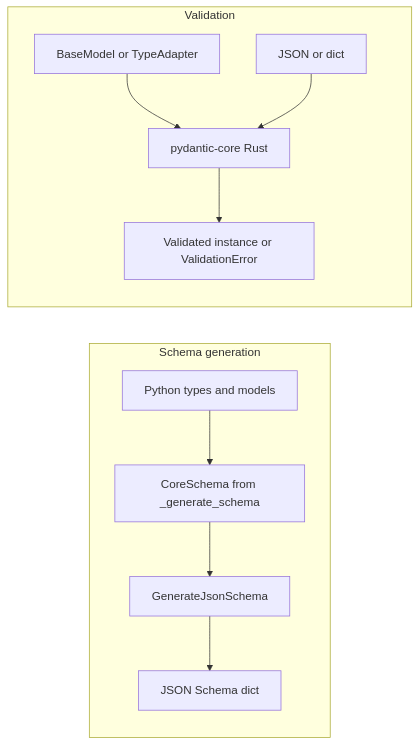
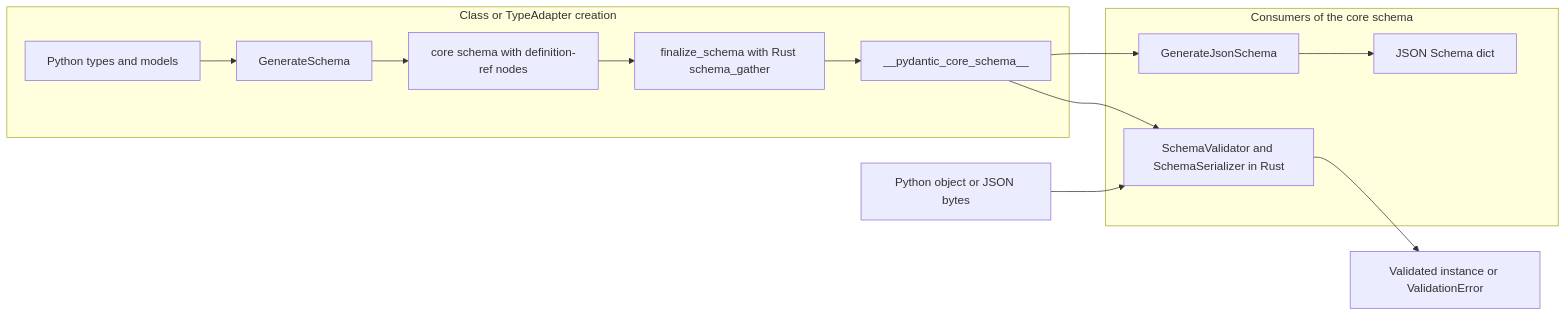
The first of 2 diagrams in research/reports/python/pydantic-pydantic.md (goddtriffin/json-schema-rs), drawn with Mermaid before and after one commit. The commit also changed other lines of this file and 51 other files, not shown here.

````diff
--- a/research/reports/python/pydantic-pydantic.md
+++ b/research/reports/python/pydantic-pydantic.md
@@ -93,21 +100,24 @@
 ```mermaid
 flowchart LR
-  subgraph schema_gen [Schema generation]
+  subgraph build [Class or TypeAdapter creation]
     Types[Python types and models]
-    CoreSchema[CoreSchema from _generate_schema]
-    GenSchema[GenerateJsonSchema]
+    GenSchema[GenerateSchema]
+    CoreRaw[core schema with definition-ref nodes]
+    Clean[finalize_schema with Rust schema_gather]
+    CoreSchema[__pydantic_core_schema__]
+    Types --> GenSchema
+    GenSchema --> CoreRaw
+    CoreRaw --> Clean
+    Clean --> CoreSchema
+  end
+  subgraph consumers [Consumers of the core schema]
+    Validator[SchemaValidator and SchemaSerializer in Rust]
+    JsonGen[GenerateJsonSchema]
     JsonSchema[JSON Schema dict]
-    Types --> CoreSchema
-    CoreSchema --> GenSchema
-    GenSchema --> JsonSchema
+    CoreSchema --> Validator
+    CoreSchema --> JsonGen
+    JsonGen --> JsonSchema
   end
-  subgraph validation [Validation]
-    Model[BaseModel or TypeAdapter]
-    Data[JSON or dict]
-    PydanticCore[pydantic-core Rust]
-    Validated[Validated instance or ValidationError]
-    Model --> PydanticCore
-    Data --> PydanticCore
-    PydanticCore --> Validated
-  end
+  Data[Python object or JSON bytes] --> Validator
+  Validator --> Result[Validated instance or ValidationError]
 ```
````
